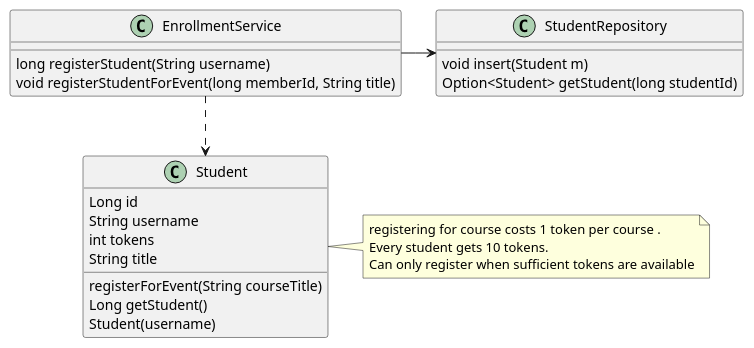
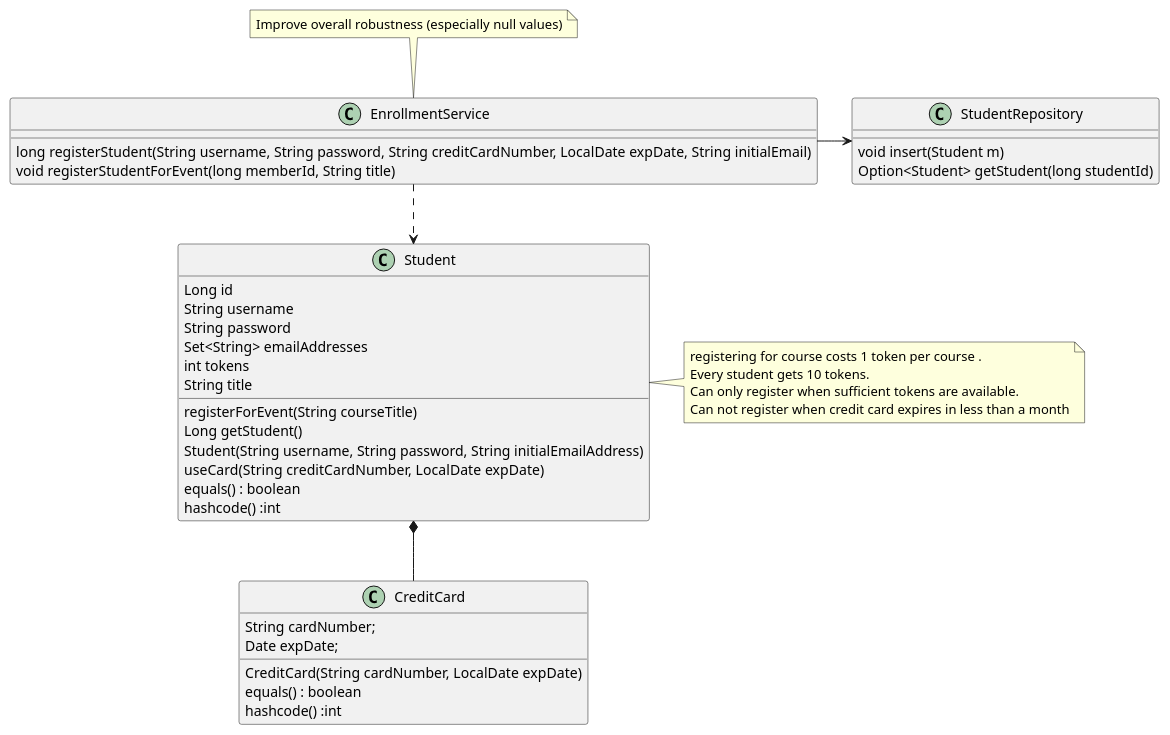
One commit to bigjim71/jpa-case changed the diagram in src/uml/clsdgrm.puml. Above: the diagram before and after it, drawn with PlantUML. The commit also changed 5 other files, not shown here.

```diff
--- a/src/uml/clsdgrm.puml
+++ b/src/uml/clsdgrm.puml
@@ -1,30 +1,48 @@
 @startuml
 
 
+
+
 class EnrollmentService{
-  long registerStudent(String username)
+  long registerStudent(String username, String password, String creditCardNumber, LocalDate expDate, String initialEmail)
   void registerStudentForEvent(long memberId, String title)
 }
+note top of EnrollmentService:Improve overall robustness (especially null values)
 
 EnrollmentService ..> Student
 
 class StudentRepository{
   void insert(Student m)
   Option<Student> getStudent(long studentId)
 }
 
 EnrollmentService -> StudentRepository
 
-note right of Student : registering for course costs 1 token per course .\nEvery student gets 10 tokens.\nCan only register when sufficient tokens are available
+note right of Student : registering for course costs 1 token per course .\nEvery student gets 10 tokens.\nCan only register when sufficient tokens are available.\nCan not register when credit card expires in less than a month
 
 class Student {
   Long id
   String username
+  String password
+  Set<String> emailAddresses
   int tokens
   String title
   registerForEvent(String courseTitle)
   Long getStudent()
-  Student(username)
+  Student(String username, String password, String initialEmailAddress)
+  useCard(String creditCardNumber, LocalDate expDate)
+  equals() : boolean
+  hashcode() :int
 }
 
+class CreditCard{
+  String cardNumber;
+  Date expDate;
+  CreditCard(String cardNumber, LocalDate expDate)
+  equals() : boolean
+  hashcode() :int
+}
+
+Student *-- CreditCard
+
 @enduml
```
